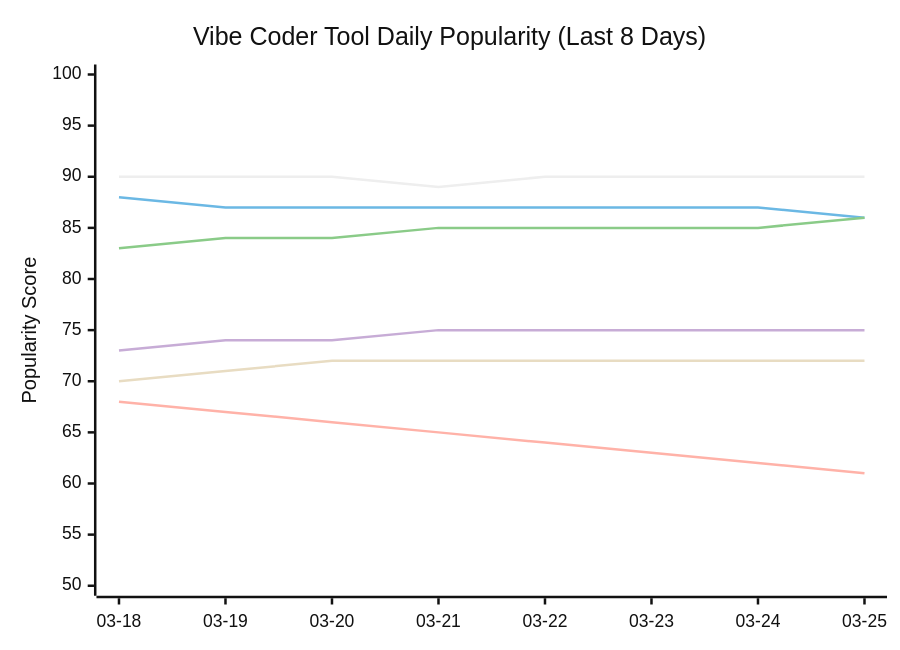
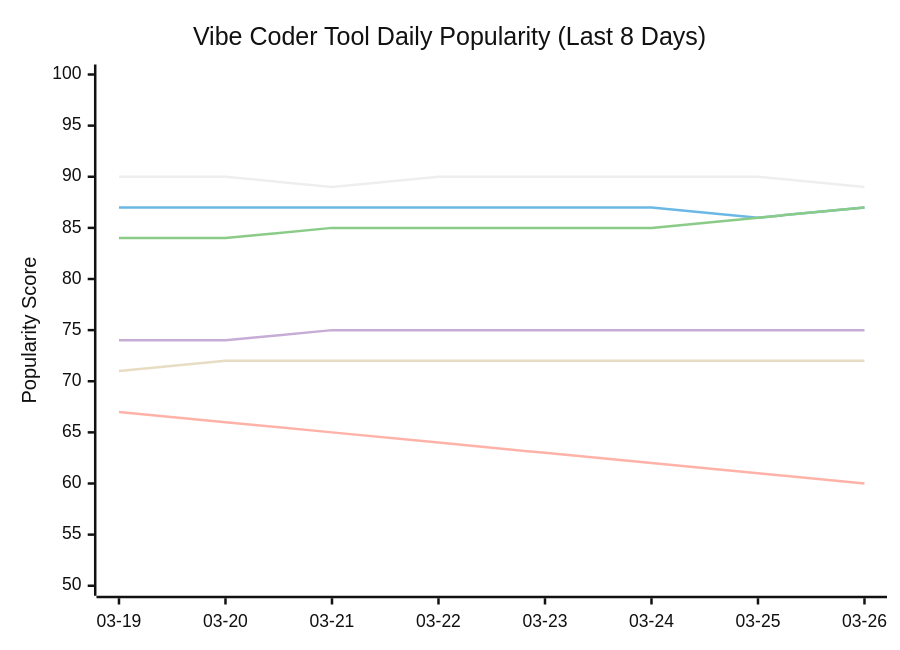
One commit to stophobia/ai-whatchelin changed the seventh of 11 diagrams in README.md. Above: the diagram before and after it, drawn with Mermaid (neutral theme). The commit also changed other lines of this file and 2 other files, not shown here.

````diff
--- a/README.md
+++ b/README.md
@@ -460,12 +470,12 @@
 ```mermaid
 xychart-beta
     title "Vibe Coder Tool Daily Popularity (Last 8 Days)"
-    x-axis ["03-18", "03-19", "03-20", "03-21", "03-22", "03-23", "03-24", "03-25"]
+    x-axis ["03-19", "03-20", "03-21", "03-22", "03-23", "03-24", "03-25", "03-26"]
     y-axis "Popularity Score" 50 --> 100
-    line "GH Copilot" [90, 90, 90, 89, 90, 90, 90, 90]
-    line "Cursor" [88, 87, 87, 87, 87, 87, 87, 86]
-    line "Claude Code" [83, 84, 84, 85, 85, 85, 85, 86]
-    line "Windsurf" [73, 74, 74, 75, 75, 75, 75, 75]
-    line "Codex CLI" [70, 71, 72, 72, 72, 72, 72, 72]
-    line "Antigravity" [68, 67, 66, 65, 64, 63, 62, 61]
+    line "GH Copilot" [90, 90, 89, 90, 90, 90, 90, 89]
+    line "Cursor" [87, 87, 87, 87, 87, 87, 86, 87]
+    line "Claude Code" [84, 84, 85, 85, 85, 85, 86, 87]
+    line "Windsurf" [74, 74, 75, 75, 75, 75, 75, 75]
+    line "Codex CLI" [71, 72, 72, 72, 72, 72, 72, 72]
+    line "Antigravity" [67, 66, 65, 64, 63, 62, 61, 60]
 ```
````
